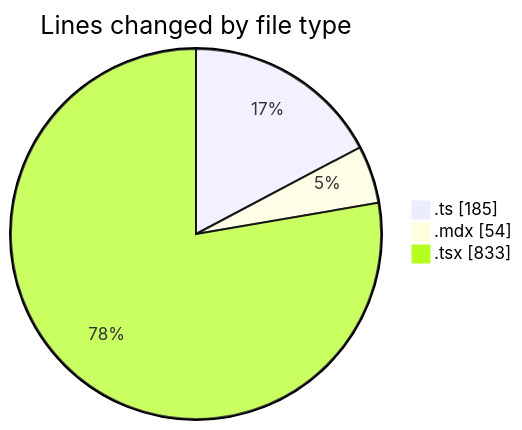
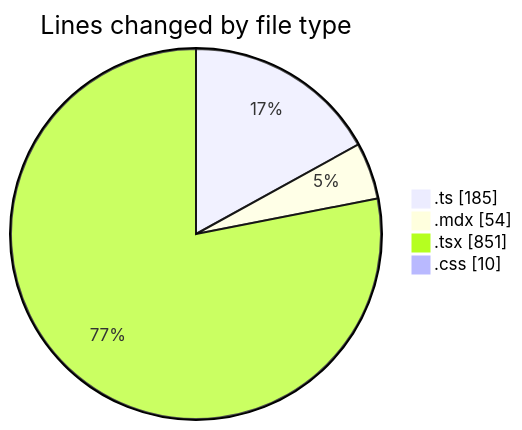
One commit to Elitesun/code-tracking changed the first of 2 diagrams in 2025-05-25/elitesun/README.md. Above: the diagram before and after it, drawn with Mermaid. The commit also changed other lines of this file and 1 other file, not shown here.

````diff
--- a/2025-05-25/elitesun/README.md
+++ b/2025-05-25/elitesun/README.md
@@ -30,7 +31,8 @@
 ```mermaid
 pie showData
 title Lines changed by file type
 ".ts" : 185
 ".mdx" : 54
-".tsx" : 833
+".tsx" : 851
+".css" : 10
 ```
````
